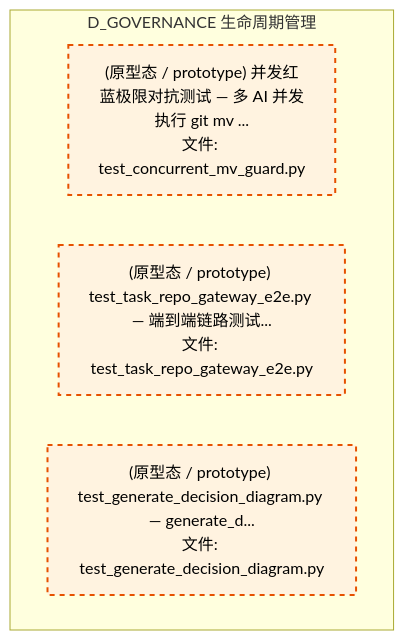
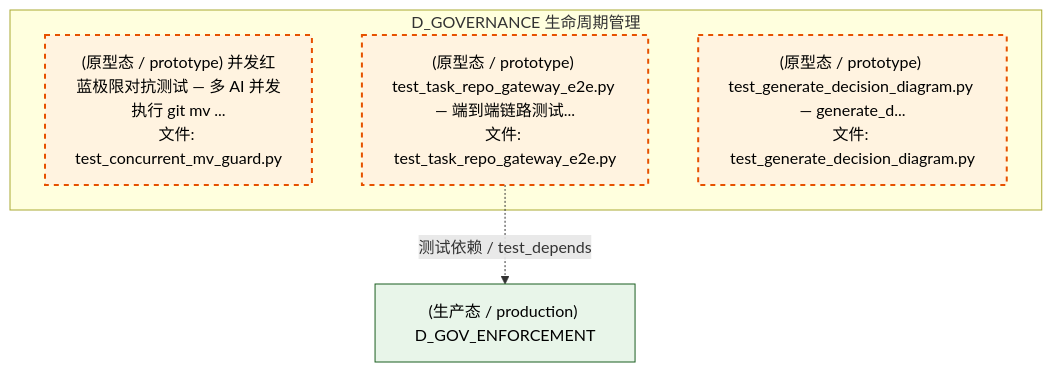
The eighth of 12 diagrams in docs/02_enterprise_architecture/02_domain_architecture_docs/38_d_governance.md (xuanFelixVan/ZephyrAlpha), drawn with Mermaid before and after one commit. The commit also changed other lines of this file and 87 other files, not shown here.

````diff
--- a/docs/02_enterprise_architecture/02_domain_architecture_docs/38_d_governance.md
+++ b/docs/02_enterprise_architecture/02_domain_architecture_docs/38_d_governance.md
@@ -721,13 +925,16 @@
 ```mermaid
 graph TD
     subgraph D_GOVERNANCE["D_GOVERNANCE 生命周期管理"]
         tests_rollback_test_concurrent_mv_guard_py["(原型态 / prototype) 并发红蓝极限对抗测试 — 多 AI 并发执行 git mv ...<br/>文件: test_concurrent_mv_guard.py"]
         tests_task_test_task_repo_gateway_e2e_py["(原型态 / prototype) test_task_repo_gateway_e2e.py — 端到端链路测试...<br/>文件: test_task_repo_gateway_e2e.py"]
         tests_test_generate_decision_diagram_py["(原型态 / prototype) test_generate_decision_diagram.py — generate_d...<br/>文件: test_generate_decision_diagram.py"]
     end
+    D_GOV_ENFORCEMENT["(生产态 / production) D_GOV_ENFORCEMENT"]
+    tests_task_test_task_repo_gateway_e2e_py -.->|测试依赖 / test_depends| D_GOV_ENFORCEMENT
     classDef production fill:#e1f5fe,stroke:#01579b,stroke-width:2px,color:#000
     classDef design fill:#fff3e0,stroke:#e65100,stroke-width:2px,color:#000,stroke-dasharray: 5 5
     classDef external_prod fill:#e8f5e9,stroke:#1b5e20,stroke-width:1px,color:#000
     classDef external_design fill:#fce4ec,stroke:#880e4f,stroke-width:1px,color:#000,stroke-dasharray: 5 5
     class tests_rollback_test_concurrent_mv_guard_py,tests_task_test_task_repo_gateway_e2e_py,tests_test_generate_decision_diagram_py design
+    class D_GOV_ENFORCEMENT external_prod
 ```
````
